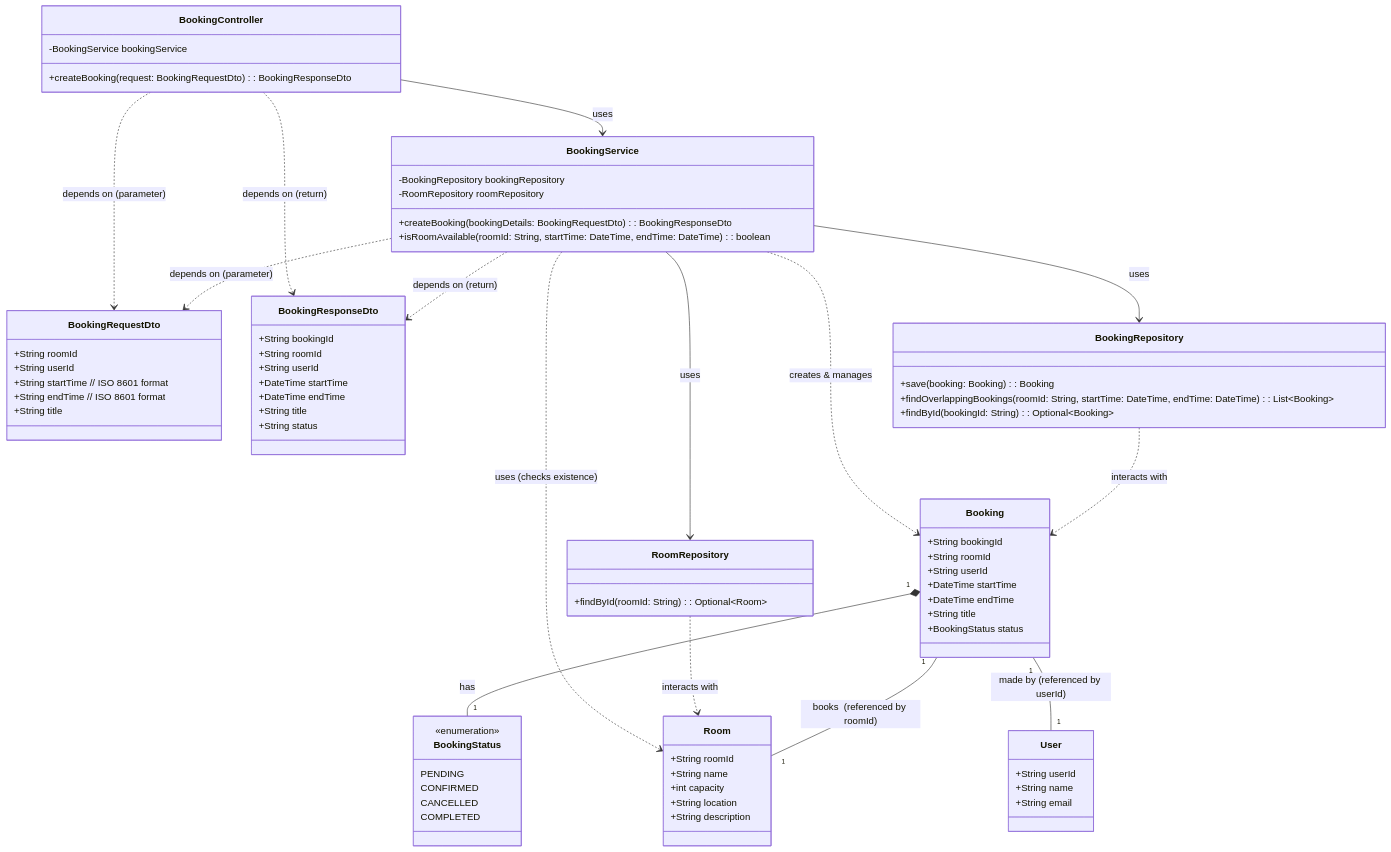
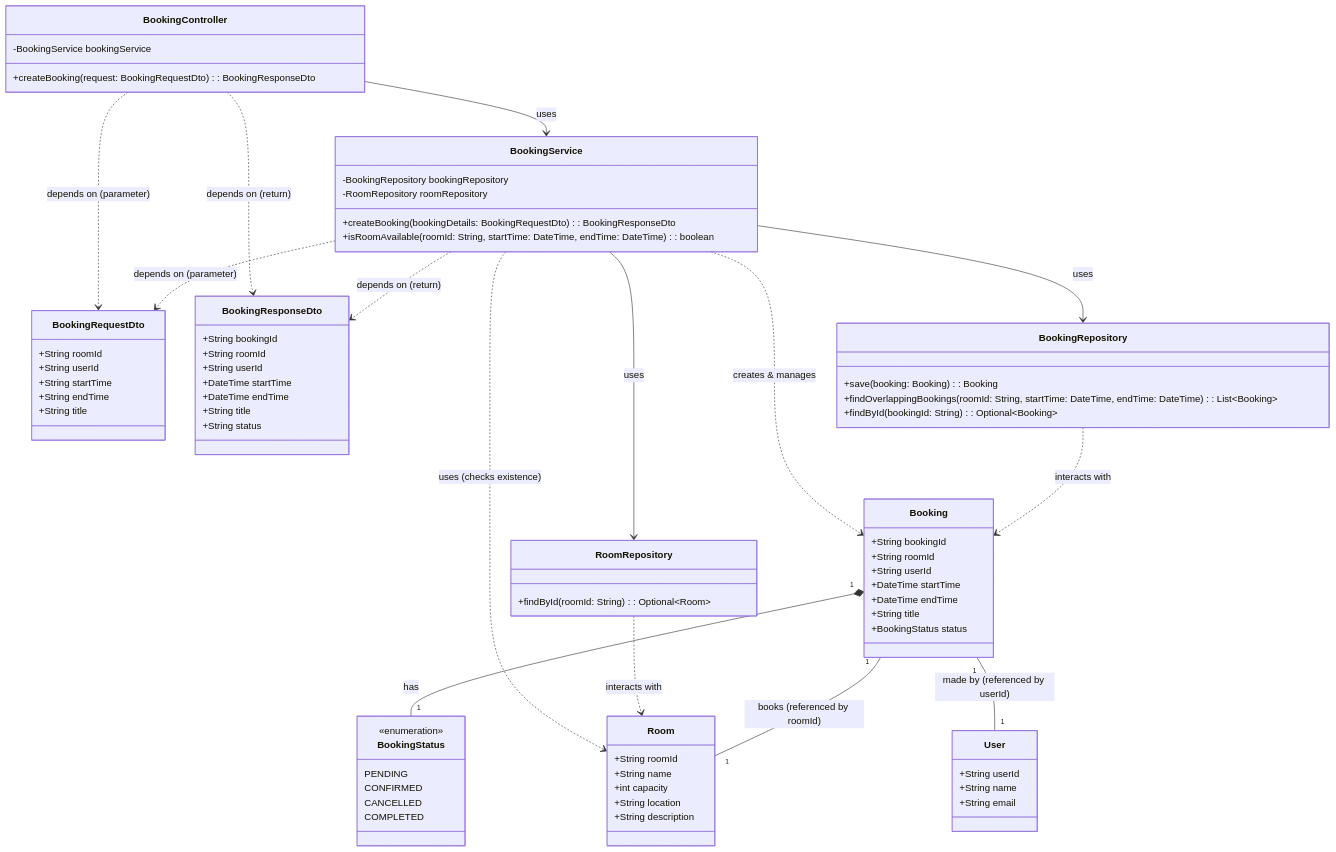
One commit to BEOKS/beoks.github.io changed the first of 2 diagrams in content/회의실 예약 기능 상세 설계 예시.md. Above: the diagram before and after it, drawn with Mermaid.

Commit message:
Quartz sync: Jun 5, 2025, 5:16 PM

````diff
--- a/content/회의실 예약 기능 상세 설계 예시.md
+++ b/content/회의실 예약 기능 상세 설계 예시.md
@@ -30,8 +30,8 @@
     class BookingRequestDto {
         +String roomId
         +String userId
-        +String startTime  // ISO 8601 format
-        +String endTime    // ISO 8601 format
+        +String startTime
+        +String endTime
         +String title
     }
 
@@ -73,7 +73,6 @@
 
     class RoomRepository {
         +findById(roomId: String): Optional~Room~
-        %% 기타 메서드 (필요에 따라 추가)
     }
 
     %% Relationships
@@ -93,6 +92,6 @@
     RoomRepository ..> Room : interacts with
 
     Booking "1" *-- "1" BookingStatus : has
-    Booking "1" -- "1" Room : books  (referenced by roomId)
+    Booking "1" -- "1" Room : books (referenced by roomId)
     Booking "1" -- "1" User : made by (referenced by userId)
 ```
````
